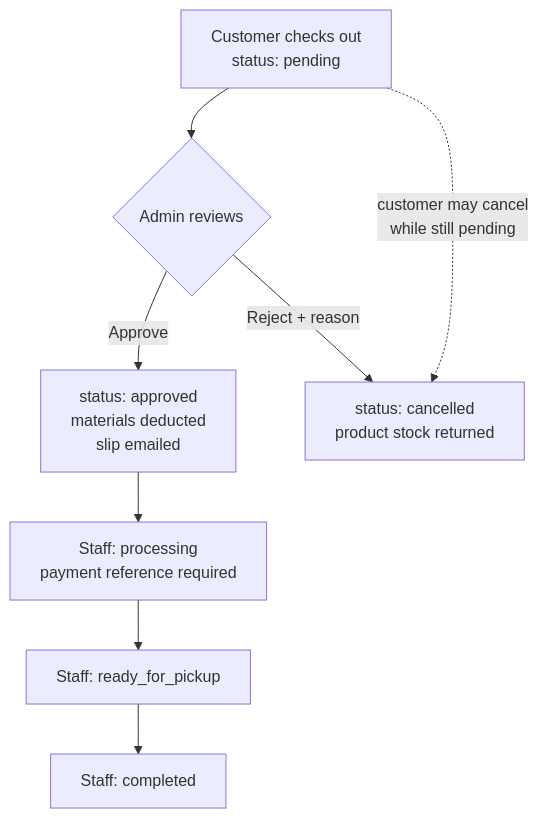
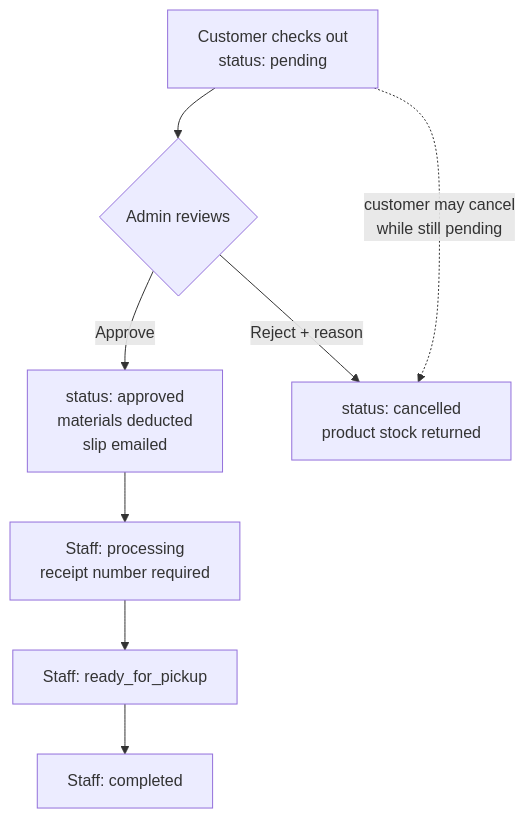
The diagram in backend/docs/UserGuide/README.md (genuwin14/FabLab), drawn with Mermaid before and after one commit. The commit also changed other lines of this file and 17 other files, not shown here.

First line of the commit message:
feat(orders): call the payment reference the receipt number, and show it to the customer

````diff
--- a/backend/docs/UserGuide/README.md
+++ b/backend/docs/UserGuide/README.md
@@ -64,10 +64,10 @@
 ```mermaid
 flowchart TD
     A["Customer checks out<br/>status: pending"] --> B{"Admin reviews"}
     B -- "Approve" --> C["status: approved<br/>materials deducted<br/>slip emailed"]
     B -- "Reject + reason" --> X["status: cancelled<br/>product stock returned"]
-    C --> D["Staff: processing<br/>payment reference required"]
+    C --> D["Staff: processing<br/>receipt number required"]
     D --> E["Staff: ready_for_pickup"]
     E --> F["Staff: completed"]
     A -. "customer may cancel<br/>while still pending" .-> X
 ```
````
